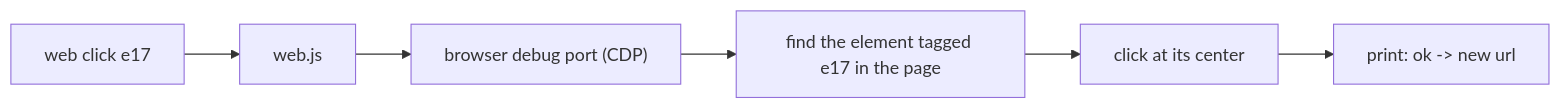
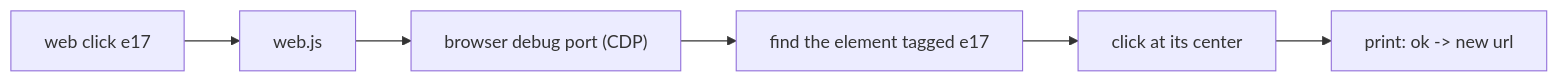
The diagram in README.md (Abedishere/playwrote-cli), drawn with Mermaid before and after one commit. The commit also changed other lines of this file and 2 other files, not shown here.

````diff
--- a/README.md
+++ b/README.md
@@ -89,8 +126,8 @@
 ```mermaid
 flowchart LR
   A["web click e17"] --> B[web.js]
   B --> C["browser debug port (CDP)"]
-  C --> D["find the element tagged e17 in the page"]
+  C --> D["find the element tagged e17"]
   D --> E[click at its center]
   E --> F["print: ok -> new url"]
 ```
````
